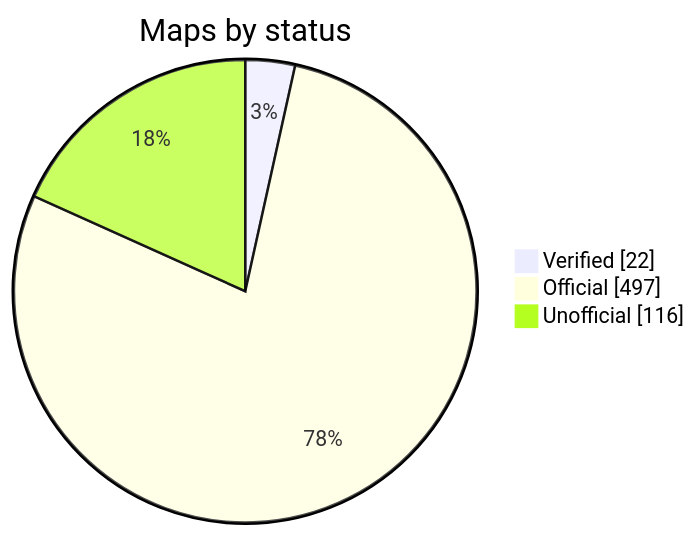
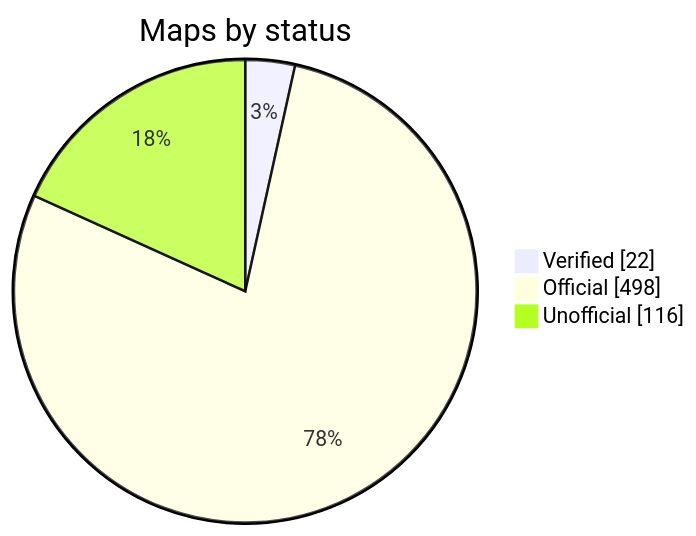
Before and after one commit to nobrega8/mbmap-library: the diagram in README.md, drawn with Mermaid. The commit also changed 6 other files, not shown here.

````diff
--- a/README.md
+++ b/README.md
@@ -52,7 +52,7 @@
 ```mermaid
 pie showData
     title Maps by status
     "Verified" : 22
-    "Official" : 497
+    "Official" : 498
     "Unofficial" : 116
 ```
````
